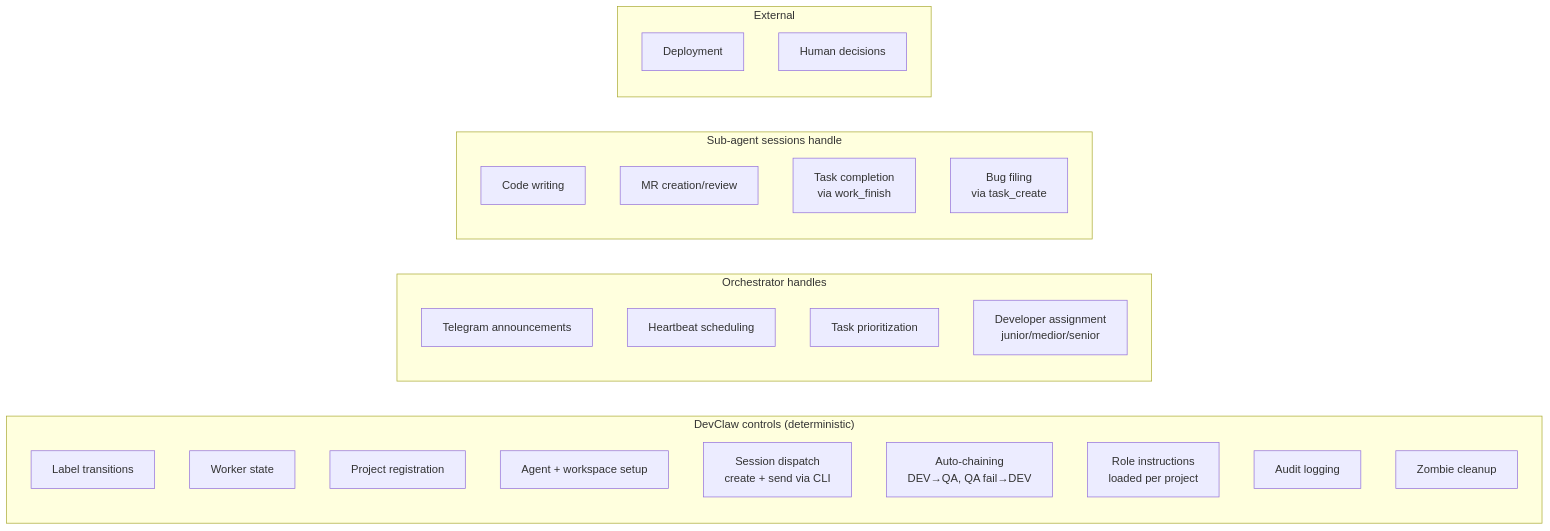
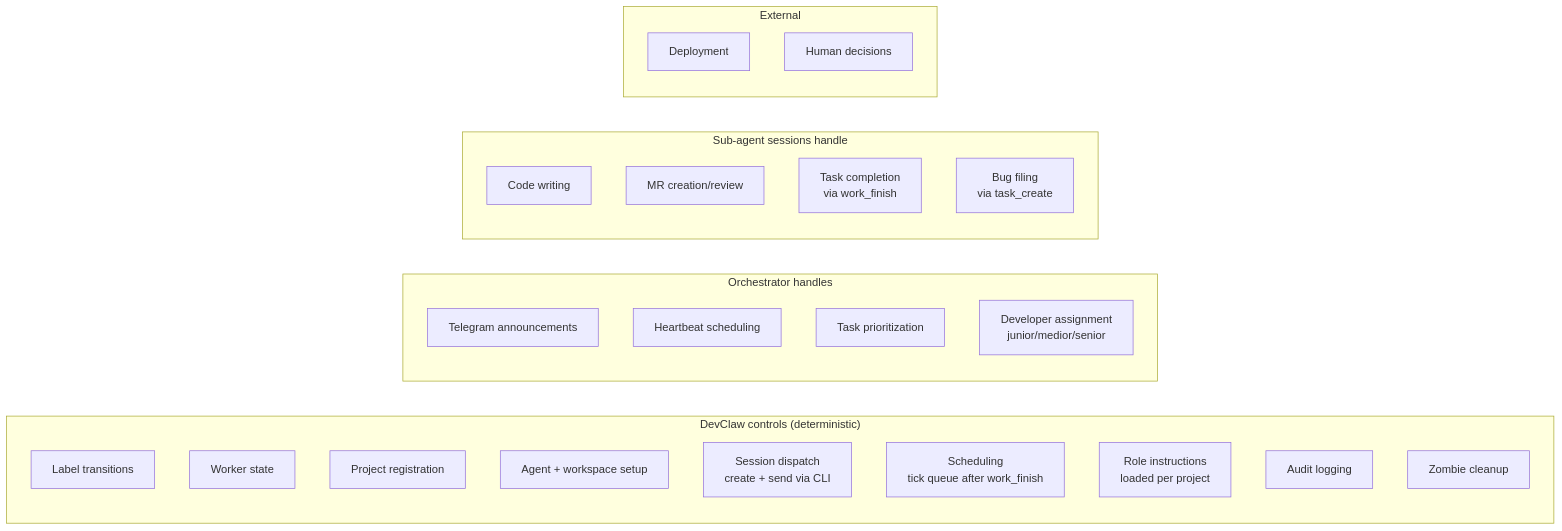
One commit to StrongheartedX/devclaw changed diagram 12 of 12 in docs/ARCHITECTURE.md. Above: the diagram before and after it, drawn with Mermaid. The commit also changed other lines of this file and 7 other files, not shown here.

First line of the commit message:
docs: remove auto-chaining, reframe around scheduling system

````diff
--- a/docs/ARCHITECTURE.md
+++ b/docs/ARCHITECTURE.md
@@ -583,33 +578,33 @@
 ```mermaid
 graph LR
     subgraph "DevClaw controls (deterministic)"
         L[Label transitions]
         S[Worker state]
         PR[Project registration]
         SETUP[Agent + workspace setup]
         SD[Session dispatch<br/>create + send via CLI]
-        AC[Auto-chaining<br/>DEV→QA, QA fail→DEV]
+        AC[Scheduling<br/>tick queue after work_finish]
         RI[Role instructions<br/>loaded per project]
         A[Audit logging]
         Z[Zombie cleanup]
     end
 
     subgraph "Orchestrator handles"
         MSG[Telegram announcements]
         HB[Heartbeat scheduling]
         DEC[Task prioritization]
         M[Developer assignment<br/>junior/medior/senior]
     end
 
     subgraph "Sub-agent sessions handle"
         CR[Code writing]
         MR[MR creation/review]
         WF_W[Task completion<br/>via work_finish]
         BUG[Bug filing<br/>via task_create]
     end
 
     subgraph "External"
         DEPLOY[Deployment]
         HR[Human decisions]
     end
 ```
````
